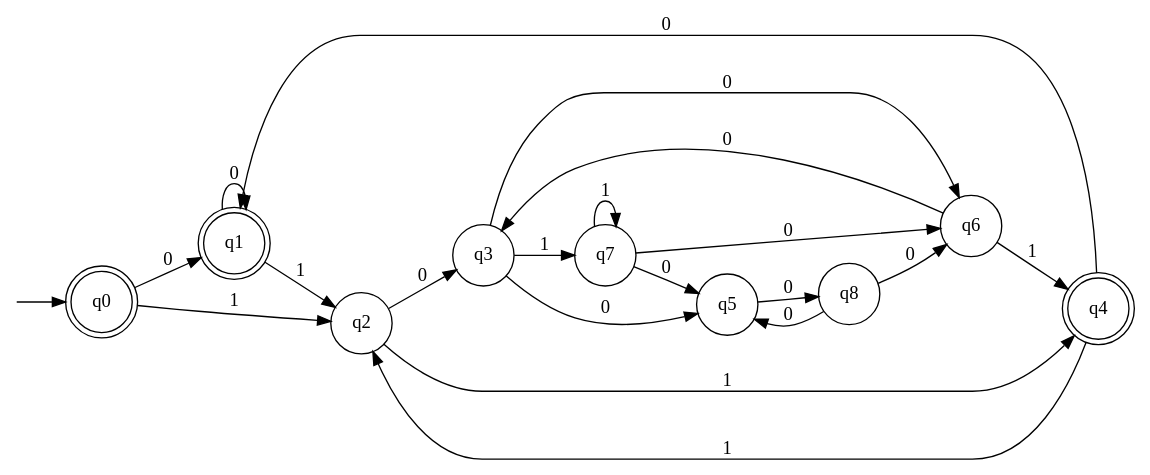
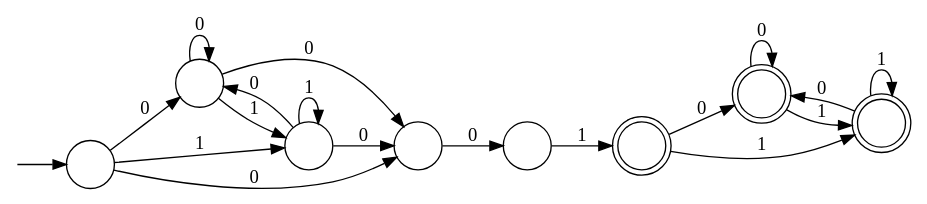
Before and after one commit to water-mizuu/finite_automata_conversion: the diagram in nfa_e.dot, drawn with Graphviz. The commit also changed 9 other files, not shown here.

```diff
--- a/nfa_e.dot
+++ b/nfa_e.dot
@@ -1,33 +1,30 @@
 digraph G {
   rankdir=LR;
   n__ [label="" shape=none width=.0];
-  0 [shape=doublecircle label="q0"]
-  1 [shape=doublecircle label="q1"]
-  2 [shape=circle label="q2"]
-  3 [shape=circle label="q3"]
-  4 [shape=circle label="q7"]
-  5 [shape=circle label="q5"]
-  6 [shape=circle label="q8"]
-  7 [shape=circle label="q6"]
-  8 [shape=doublecircle label="q4"]
+  0 [shape=circle label=""]
+  1 [shape=circle label=""]
+  2 [shape=circle label=""]
+  3 [shape=circle label=""]
+  4 [shape=circle label=""]
+  5 [shape=doublecircle label=""]
+  6 [shape=doublecircle label=""]
+  7 [shape=doublecircle label=""]
   n__ -> 0;
   0 -> 1 [label="0"]
+  0 -> 3 [label="0"]
   0 -> 2 [label="1"]
   1 -> 1 [label="0"]
+  1 -> 3 [label="0"]
   1 -> 2 [label="1"]
+  2 -> 1 [label="0"]
   2 -> 3 [label="0"]
-  2 -> 8 [label="1"]
-  3 -> 5 [label="0"]
-  3 -> 7 [label="0"]
-  3 -> 4 [label="1"]
-  4 -> 5 [label="0"]
-  4 -> 7 [label="0"]
-  4 -> 4 [label="1"]
+  2 -> 2 [label="1"]
+  3 -> 4 [label="0"]
+  4 -> 5 [label="1"]
   5 -> 6 [label="0"]
-  6 -> 5 [label="0"]
-  6 -> 7 [label="0"]
-  7 -> 3 [label="0"]
-  7 -> 8 [label="1"]
-  8 -> 1 [label="0"]
-  8 -> 2 [label="1"]
+  5 -> 7 [label="1"]
+  6 -> 6 [label="0"]
+  6 -> 7 [label="1"]
+  7 -> 6 [label="0"]
+  7 -> 7 [label="1"]
 }
```
